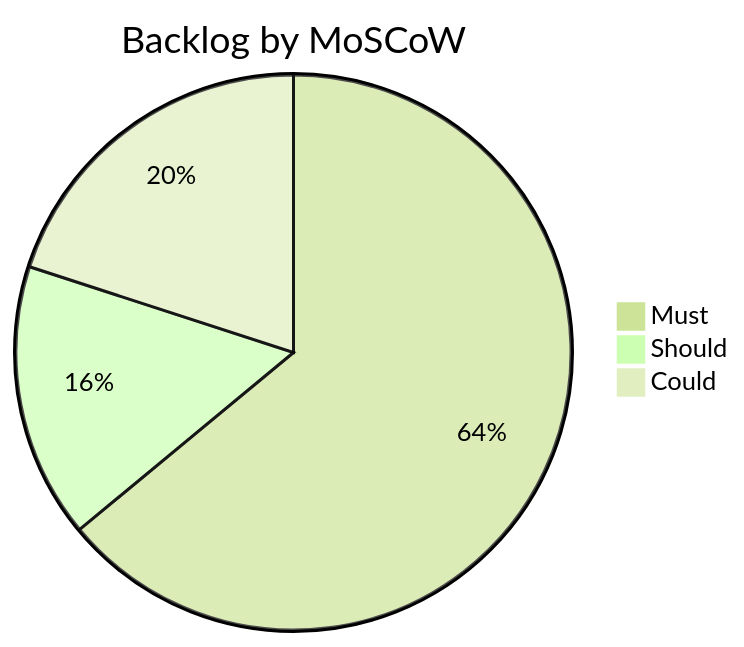
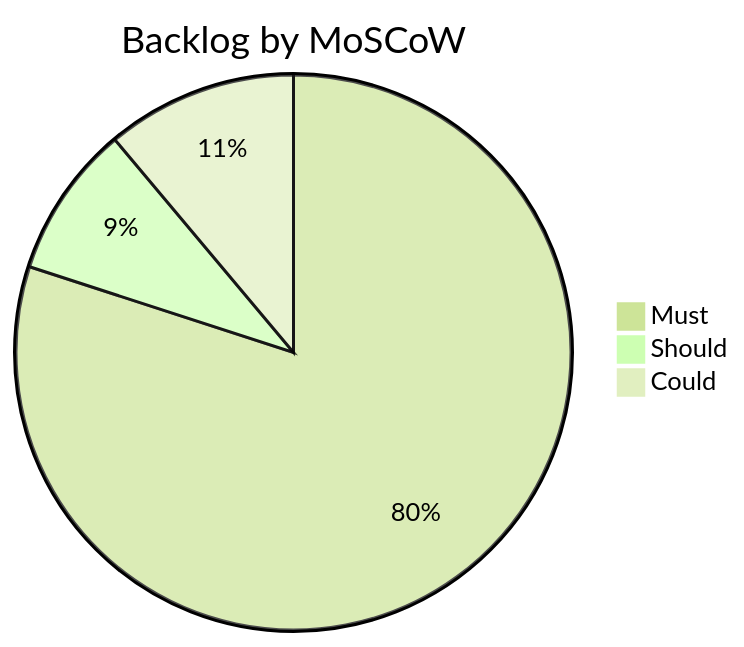
Before and after one commit to igmriegel/PokeRAG: the diagram in docs/00_project/Backlog.md, drawn with Mermaid (forest theme). The commit also changed other lines of this file and 34 other files, not shown here.

Commit message:
docs(harness): consolidate audit remediation roadmap

````diff
--- a/docs/00_project/Backlog.md
+++ b/docs/00_project/Backlog.md
@@ -23,6 +27,6 @@
 ```mermaid
 pie title Backlog by MoSCoW
-    "Must" : 16
+    "Must" : 36
     "Should" : 4
     "Could" : 5
 ```
````
